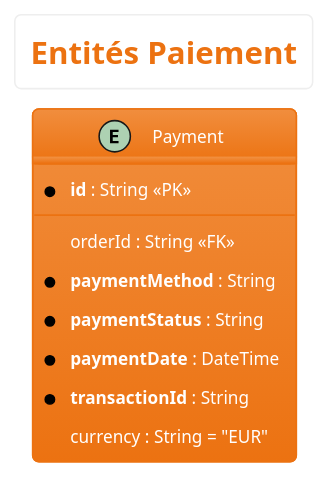
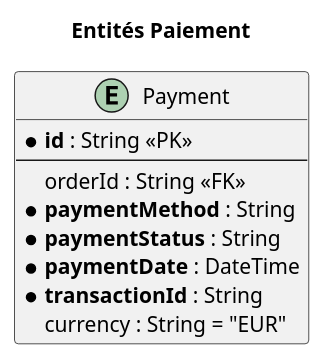
The diagram in diagrams/entity-relationship/payment-entities.puml (CorentinCoulet/M-C-Billetterie), drawn with PlantUML before and after one commit. The commit also changed 36 other files, not shown here.

```diff
--- a/diagrams/entity-relationship/payment-entities.puml
+++ b/diagrams/entity-relationship/payment-entities.puml
@@ -1,22 +1,21 @@
 @startuml payment-entities
 
-!theme aws-orange
 skinparam linetype ortho
 skinparam backgroundColor #FFFFFF
 
 title Entités Paiement
 
 ' ========== ENTITÉS PAIEMENT ==========
 
 entity Payment {
     * **id** : String <<PK>>
     --
     orderId : String <<FK>>
     * **paymentMethod** : String
     * **paymentStatus** : String
     * **paymentDate** : DateTime
     * **transactionId** : String
     currency : String = "EUR"
 }
 
 @enduml
```
